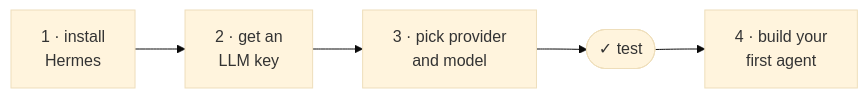
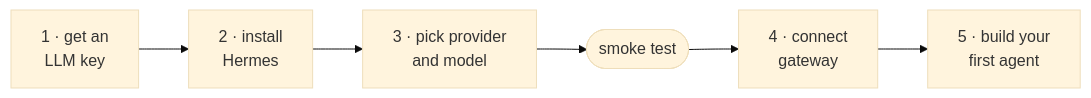
One commit to chrishart0/hermes-workshop changed the diagram in README.md. Above: the diagram before and after it, drawn with Mermaid (base theme). The commit also changed other lines of this file and 3 other files, not shown here.

Commit message:
Expand workshop from 45m to 2.5h: gateway as core, use-case discussion, expanded build time

````diff
--- a/README.md
+++ b/README.md
@@ -21,4 +61,4 @@
 ```mermaid
 flowchart LR
-    I["1 · install<br/>Hermes"] --> K["2 · get an<br/>LLM key"] -->  M["3 · pick provider<br/>and model"] --> T(["✓ test"]) --> U["4 · build your<br/>first agent"]
+    K["1 · get an<br/>LLM key"] --> I["2 · install<br/>Hermes"] --> M["3 · pick provider<br/>and model"] --> T([smoke test]) --> G["4 · connect<br/>gateway"] --> U["5 · build your<br/>first agent"]
 ```
````
